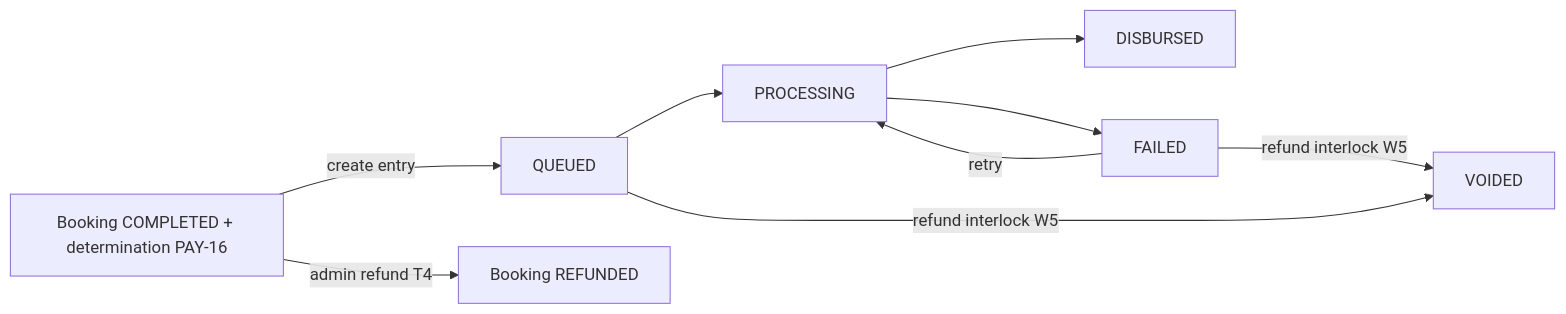
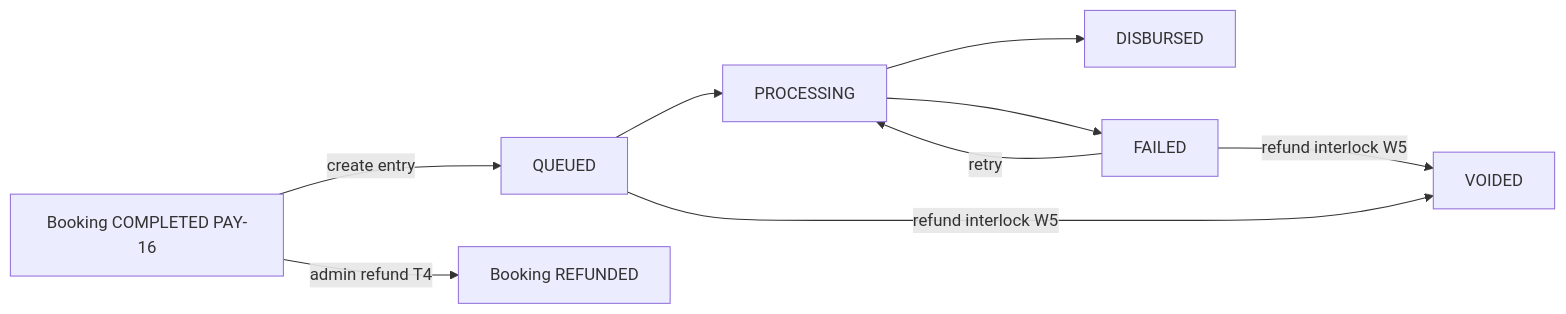
One commit to markmamba/redcab-docs changed the third of 3 diagrams in docs/30-49-domains/35-patterns/payments-architecture.md. Above: the diagram before and after it, drawn with Mermaid. The commit also changed other lines of this file and 51 other files, not shown here.

First line of the commit message:
docs(domains): normalize links, Mermaid leads, and navigation labels

````diff
--- a/docs/30-49-domains/35-patterns/payments-architecture.md
+++ b/docs/30-49-domains/35-patterns/payments-architecture.md
@@ -170,11 +176,11 @@
 ```mermaid
 graph LR
-  Completed[Booking COMPLETED + determination PAY-16] -->|create entry| Queued[QUEUED]
+  Completed[Booking COMPLETED PAY-16] -->|create entry| Queued[QUEUED]
   Queued --> Processing[PROCESSING]
   Processing --> Disbursed[DISBURSED]
   Processing --> Failed[FAILED]
   Failed -->|retry| Processing
   Queued -->|refund interlock W5| Voided[VOIDED]
   Failed -->|refund interlock W5| Voided
   Completed -->|admin refund T4| Refunded[Booking REFUNDED]
 ```
````
